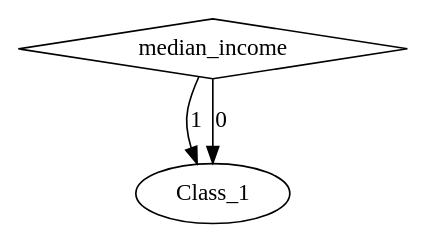
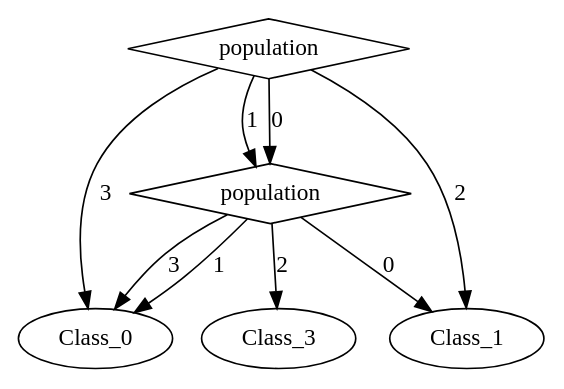
Before and after one commit to torfah/synplicate: the diagram in examples/california_census_simplified/program/program9.dot, drawn with Graphviz. The commit also changed 69 other files, not shown here.

```diff
--- a/examples/california_census_simplified/program/program9.dot
+++ b/examples/california_census_simplified/program/program9.dot
@@ -1,8 +1,19 @@
 digraph {
+node [label=Class_0,style=""] Class_0
+node [label=Class_3,style=""] Class_3
+node [label=Class_0,style=""] Class_0
 node [label=Class_1,style=""] Class_1
+node [label=Class_0,style=""] Class_0
 node [label=Class_1,style=""] Class_1
-node [label=median_income,shape="diamond",style=""] 0
+node [label=population,shape="diamond",style=""] 1
+node [label=population,shape="diamond",style=""] 0
 
-0 -> Class_1 [label="1"]
-0 -> Class_1 [label="0"]
+1 -> Class_0 [label="3"]
+1 -> Class_3 [label="2"]
+1 -> Class_0 [label="1"]
+1 -> Class_1 [label="0"]
+0 -> Class_0 [label="3"]
+0 -> Class_1 [label="2"]
+0 -> 1 [label="1"]
+0 -> 1 [label="0"]
 }
```
